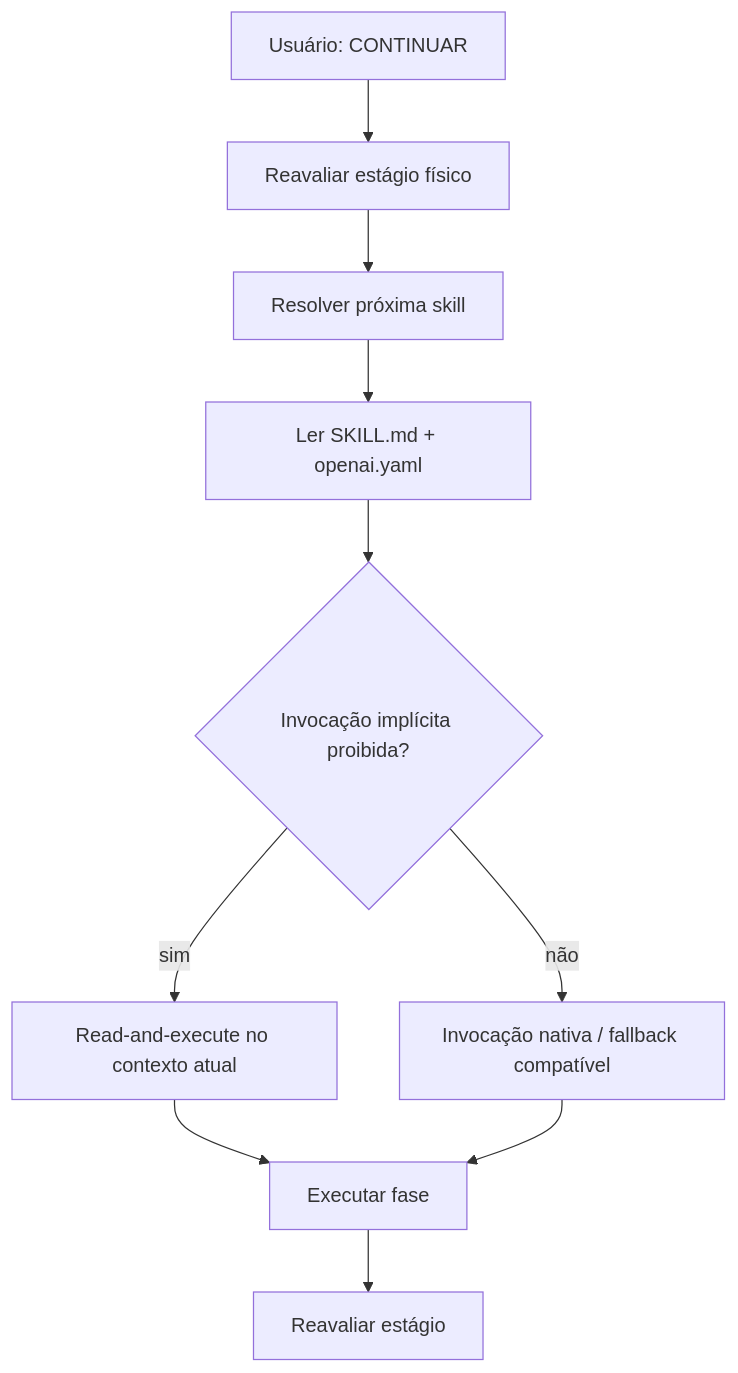
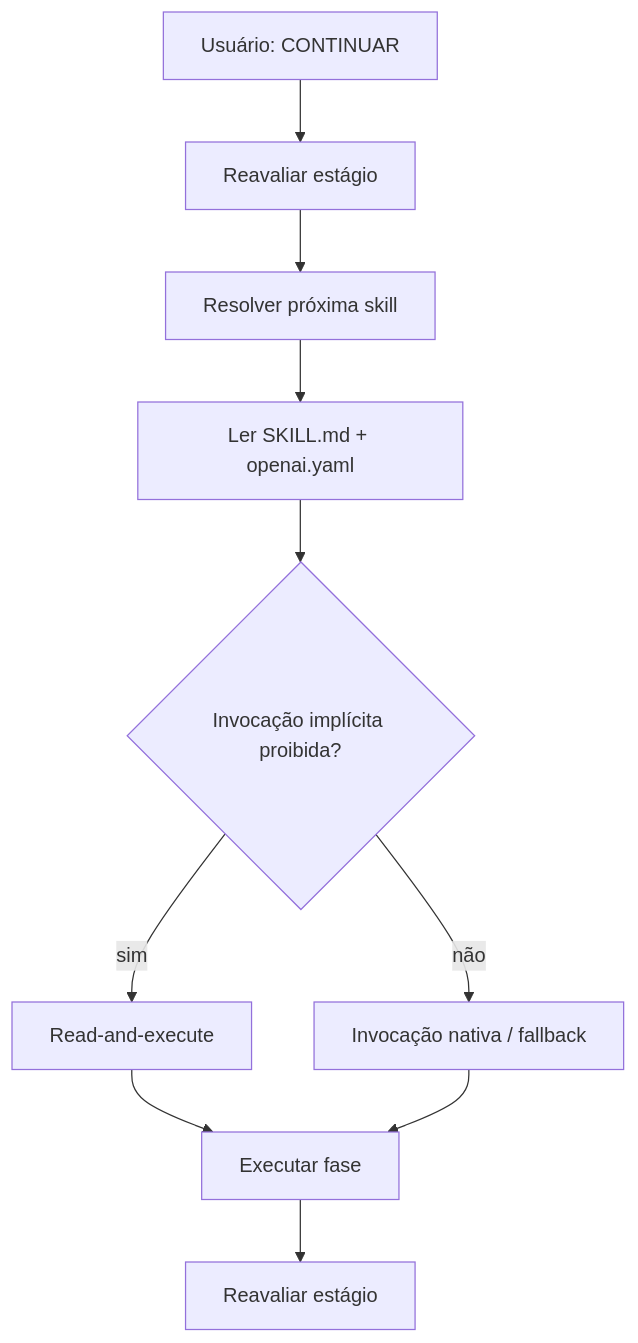
Before and after one commit to MarceloClaro/reversa: the fifth of 5 diagrams in README.md, drawn with Mermaid. The commit also changed other lines of this file, not shown here.

````diff
--- a/README.md
+++ b/README.md
@@ -674,12 +733,12 @@
 ```mermaid
 flowchart TD
-    C["Usuário: CONTINUAR"] --> R["Reavaliar estágio físico"]
+    C["Usuário: CONTINUAR"] --> R["Reavaliar estágio"]
     R --> S["Resolver próxima skill"]
     S --> M["Ler SKILL.md + openai.yaml"]
     M --> P{"Invocação implícita proibida?"}
-    P -->|"sim"| X["Read-and-execute no contexto atual"]
-    P -->|"não"| N["Invocação nativa / fallback compatível"]
+    P -->|"sim"| X["Read-and-execute"]
+    P -->|"não"| N["Invocação nativa / fallback"]
     X --> D["Executar fase"]
     N --> D
     D --> R2["Reavaliar estágio"]
 ```
````
